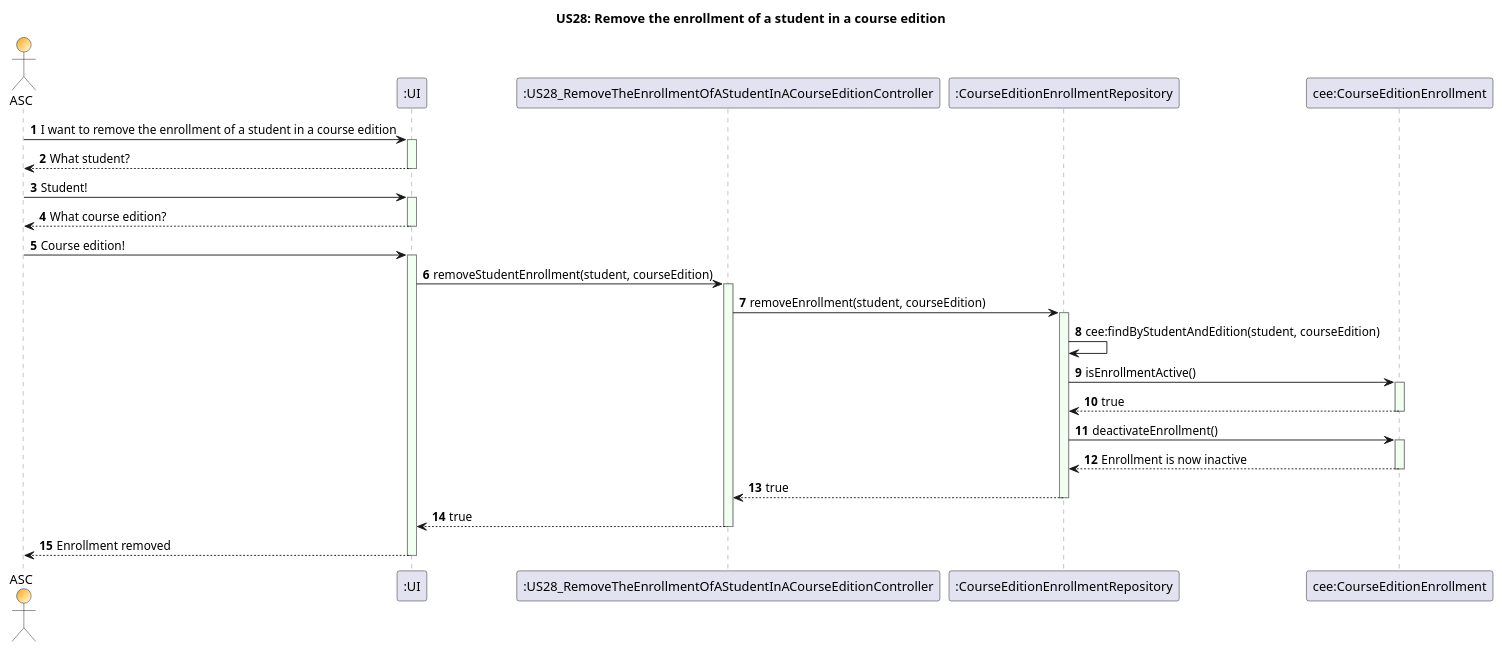
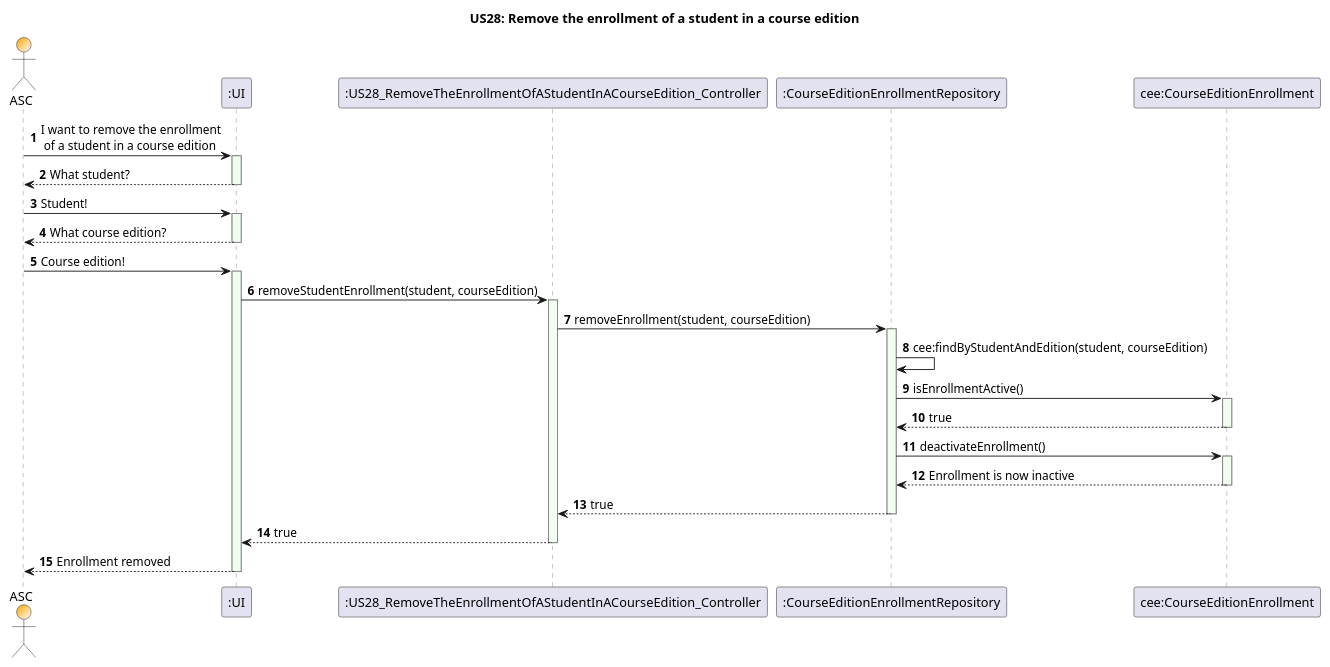
The diagram in docs/US28/US28_RemoveTheEnrollmentOfAStudentInACourseEdition_SequenceDiagram.puml (GasparISEP/DevOps-PAI), drawn with PlantUML before and after one commit.

Commit message:
Minor formatting fixes in US28_SequenceDiagram

```diff
--- a/docs/US28/US28_RemoveTheEnrollmentOfAStudentInACourseEdition_SequenceDiagram.puml
+++ b/docs/US28/US28_RemoveTheEnrollmentOfAStudentInACourseEdition_SequenceDiagram.puml
@@ -1,54 +1,54 @@
 @startuml
 skinparam sequence {
 
 LifeLineBorderColor Grey
 LifeLineBackgroundColor HoneyDew
 }
 
 title US28: Remove the enrollment of a student in a course edition
 
 actor ASC #Orange/White
 participant ":UI" as UI
-participant ":US28_RemoveTheEnrollmentOfAStudentInACourseEditionController" as Controller
+participant ":US28_RemoveTheEnrollmentOfAStudentInACourseEdition_Controller" as Controller
 participant ":CourseEditionEnrollmentRepository" as Repository
 participant "cee:CourseEditionEnrollment" as Enrollment
 autonumber
 
-ASC -> UI : I want to remove the enrollment of a student in a course edition
+ASC -> UI : I want to remove the enrollment\n of a student in a course edition
 activate UI
 UI --> ASC : What student?
 deactivate UI
 ASC -> UI : Student!
 activate UI
 UI --> ASC : What course edition?
 deactivate UI
 ASC -> UI : Course edition!
 activate UI
 
 UI -> Controller : removeStudentEnrollment(student, courseEdition)
 activate Controller
 
 Controller -> Repository : removeEnrollment(student, courseEdition)
 activate Repository
 
 Repository -> Repository : cee:findByStudentAndEdition(student, courseEdition)
 
 Repository -> Enrollment : isEnrollmentActive()
 activate Enrollment
 Enrollment --> Repository : true
 deactivate Enrollment
 
 Repository -> Enrollment : deactivateEnrollment()
 activate Enrollment
 Enrollment --> Repository : Enrollment is now inactive
 deactivate Enrollment
 
 Repository --> Controller : true
 deactivate Repository
 
 Controller --> UI : true
 deactivate Controller
 UI --> ASC : Enrollment removed
 deactivate UI
 
 @enduml
```
